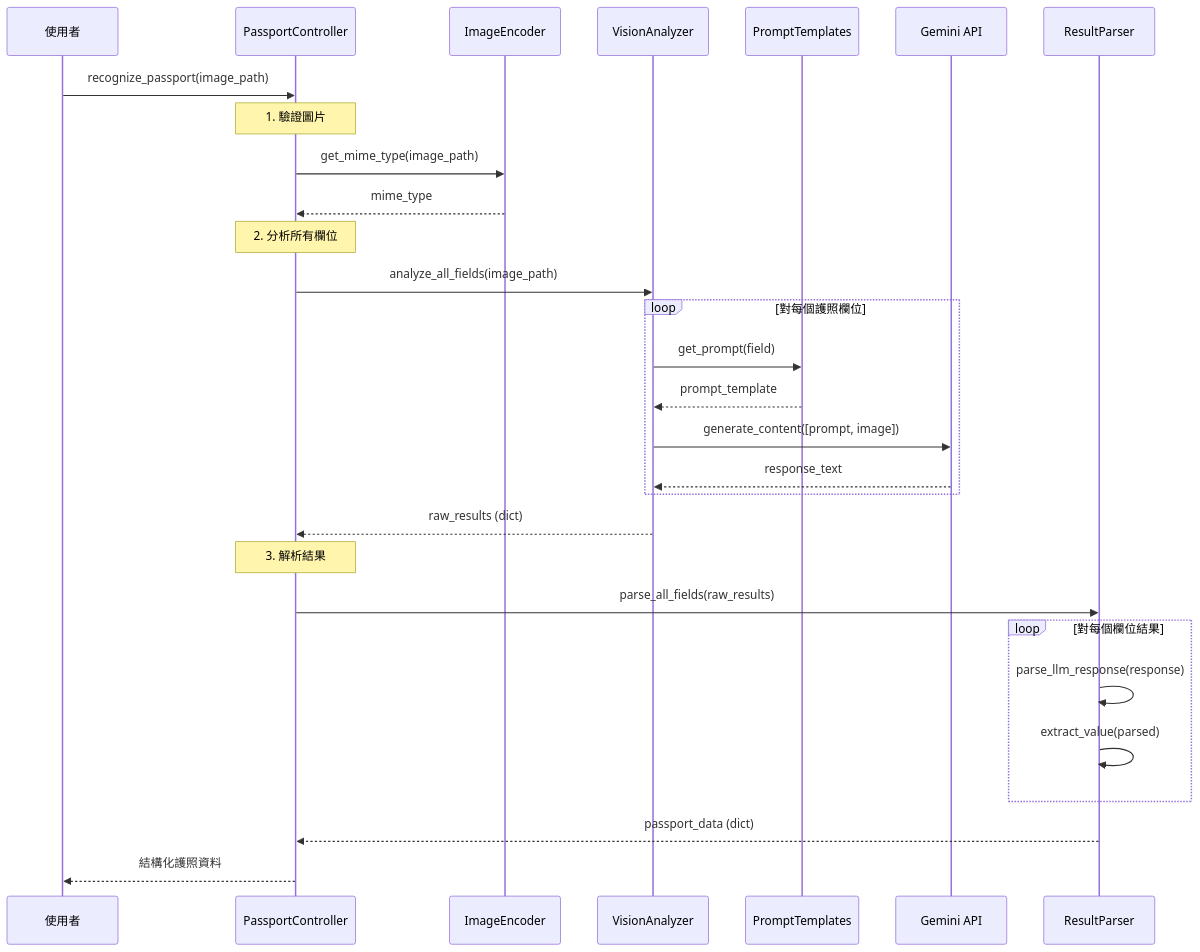
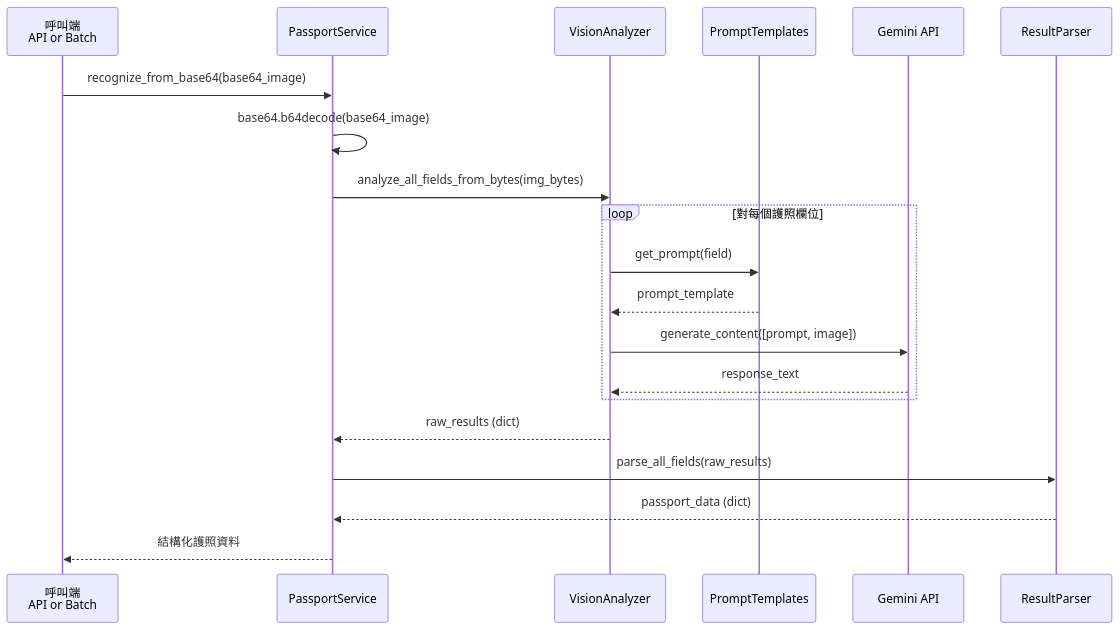
One commit to wu02067602/Passport-image-recognition changed the third of 4 diagrams in 序列圖.md. Above: the diagram before and after it, drawn with Mermaid. The commit also changed other lines of this file and 10 other files, not shown here.

First line of the commit message:
Refactor: Simplify passport recognition and batch processing

````diff
--- a/序列圖.md
+++ b/序列圖.md
@@ -85,39 +86,25 @@
 ```mermaid
 sequenceDiagram
-    participant User as 使用者
-    participant Controller as PassportController
-    participant Encoder as ImageEncoder
+    participant Caller as 呼叫端<br/>API or Batch
+    participant Service as PassportService
     participant Analyzer as VisionAnalyzer
     participant Templates as PromptTemplates
     participant API as Gemini API
     participant Parser as ResultParser
     
-    User->>Controller: recognize_passport(image_path)
-    
-    Note over Controller: 1. 驗證圖片
-    Controller->>Encoder: get_mime_type(image_path)
-    Encoder-->>Controller: mime_type
-    
-    Note over Controller: 2. 分析所有欄位
-    Controller->>Analyzer: analyze_all_fields(image_path)
+    Caller->>Service: recognize_from_base64(base64_image)
+    Service->>Service: base64.b64decode(base64_image)
+    Service->>Analyzer: analyze_all_fields_from_bytes(img_bytes)
     
     loop 對每個護照欄位
         Analyzer->>Templates: get_prompt(field)
         Templates-->>Analyzer: prompt_template
         Analyzer->>API: generate_content([prompt, image])
         API-->>Analyzer: response_text
     end
     
-    Analyzer-->>Controller: raw_results (dict)
-    
-    Note over Controller: 3. 解析結果
-    Controller->>Parser: parse_all_fields(raw_results)
-    
-    loop 對每個欄位結果
-        Parser->>Parser: parse_llm_response(response)
-        Parser->>Parser: extract_value(parsed)
-    end
-    
-    Parser-->>Controller: passport_data (dict)
-    Controller-->>User: 結構化護照資料
+    Analyzer-->>Service: raw_results (dict)
+    Service->>Parser: parse_all_fields(raw_results)
+    Parser-->>Service: passport_data (dict)
+    Service-->>Caller: 結構化護照資料
 ```
````
